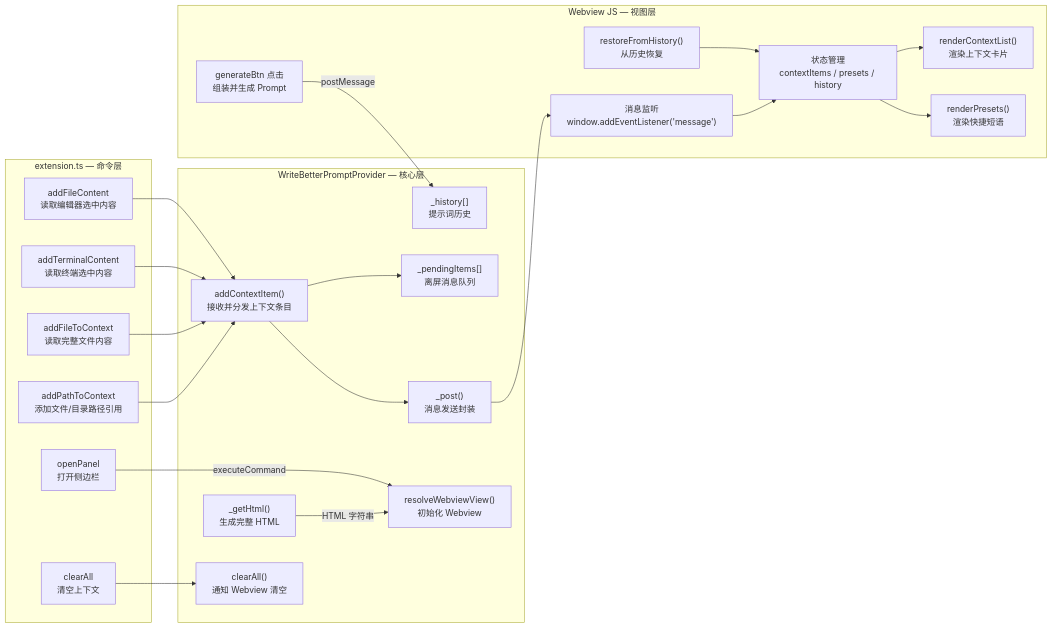
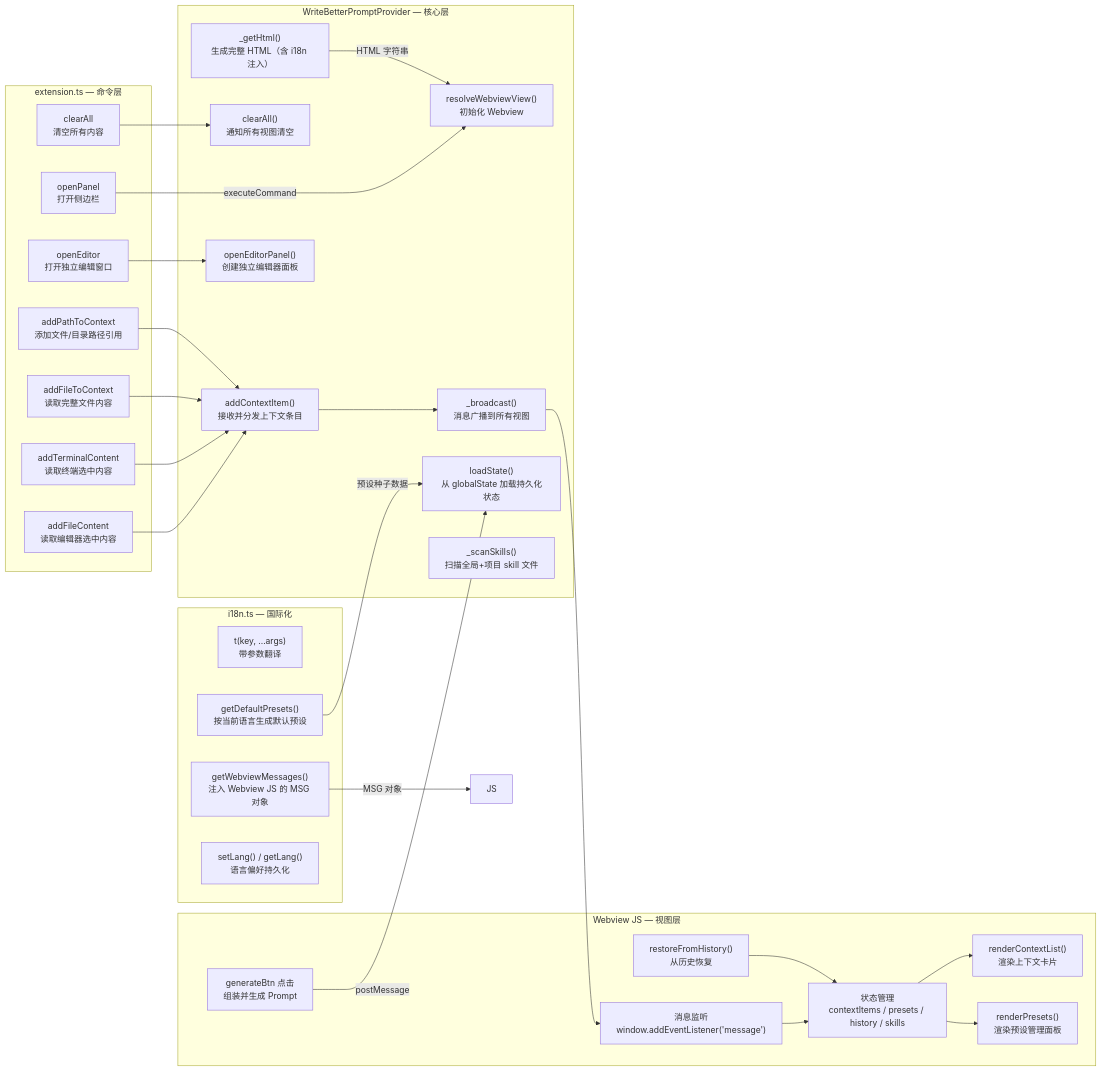
The second of 3 diagrams in apps/vscode-extension/architecture.md (tangzixuan/write-ai-prompt-better), drawn with Mermaid before and after one commit. The commit also changed other lines of this file and 2 other files, not shown here.

````diff
--- a/apps/vscode-extension/architecture.md
+++ b/apps/vscode-extension/architecture.md
@@ -63,42 +66,53 @@
 ```mermaid
 graph LR
     subgraph "extension.ts — 命令层"
         C1["addFileContent<br/>读取编辑器选中内容"]
         C2["addTerminalContent<br/>读取终端选中内容"]
         C3["addFileToContext<br/>读取完整文件内容"]
         C4["addPathToContext<br/>添加文件/目录路径引用"]
         C5["openPanel<br/>打开侧边栏"]
-        C6["clearAll<br/>清空上下文"]
+        C6["openEditor<br/>打开独立编辑窗口"]
+        C7["clearAll<br/>清空所有内容"]
     end
 
     subgraph "WriteBetterPromptProvider — 核心层"
         P1["resolveWebviewView()<br/>初始化 Webview"]
         P2["addContextItem()<br/>接收并分发上下文条目"]
-        P3["clearAll()<br/>通知 Webview 清空"]
-        P4["_post()<br/>消息发送封装"]
-        P5["_pendingItems[]<br/>离屏消息队列"]
-        P6["_history[]<br/>提示词历史"]
-        P7["_getHtml()<br/>生成完整 HTML"]
+        P3["clearAll()<br/>通知所有视图清空"]
+        P4["_broadcast()<br/>消息广播到所有视图"]
+        P5["loadState()<br/>从 globalState 加载持久化状态"]
+        P6["_scanSkills()<br/>扫描全局+项目 skill 文件"]
+        P7["_getHtml()<br/>生成完整 HTML（含 i18n 注入）"]
+        P8["openEditorPanel()<br/>创建独立编辑器面板"]
     end
 
     subgraph "Webview JS — 视图层"
-        W1["状态管理<br/>contextItems / presets / history"]
+        W1["状态管理<br/>contextItems / presets / history / skills"]
         W2["renderContextList()<br/>渲染上下文卡片"]
-        W3["renderPresets()<br/>渲染快捷短语"]
+        W3["renderPresets()<br/>渲染预设管理面板"]
         W4["generateBtn 点击<br/>组装并生成 Prompt"]
         W5["restoreFromHistory()<br/>从历史恢复"]
         W6["消息监听<br/>window.addEventListener('message')"]
     end
 
+    subgraph "i18n.ts — 国际化"
+        I1["t(key, ...args)<br/>带参数翻译"]
+        I2["getWebviewMessages()<br/>注入 Webview JS 的 MSG 对象"]
+        I3["getDefaultPresets()<br/>按当前语言生成默认预设"]
+        I4["setLang() / getLang()<br/>语言偏好持久化"]
+    end
+
     C1 & C2 & C3 & C4 --> P2
     C5 --> |"executeCommand"| P1
-    C6 --> P3
-    P2 --> P5
+    C6 --> P8
+    C7 --> P3
     P2 --> P4
     P7 --> |"HTML 字符串"| P1
     P4 --> W6
     W6 --> W1
     W1 --> W2 & W3
-    W4 --> |"postMessage"| P6
+    W4 --> |"postMessage"| P5
     W5 --> W1
+    I2 -->|"MSG 对象"| JS
+    I3 -->|"预设种子数据"| P5
 ```
````
